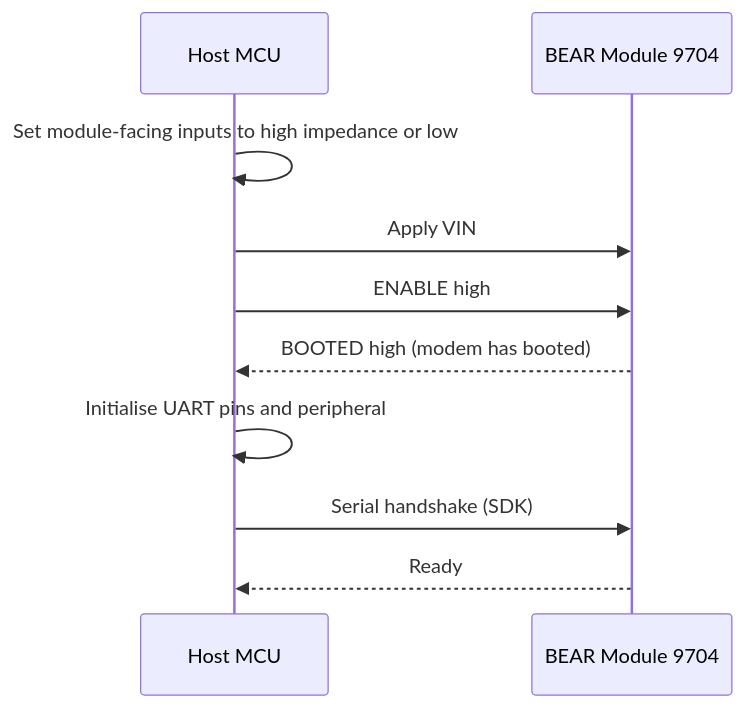
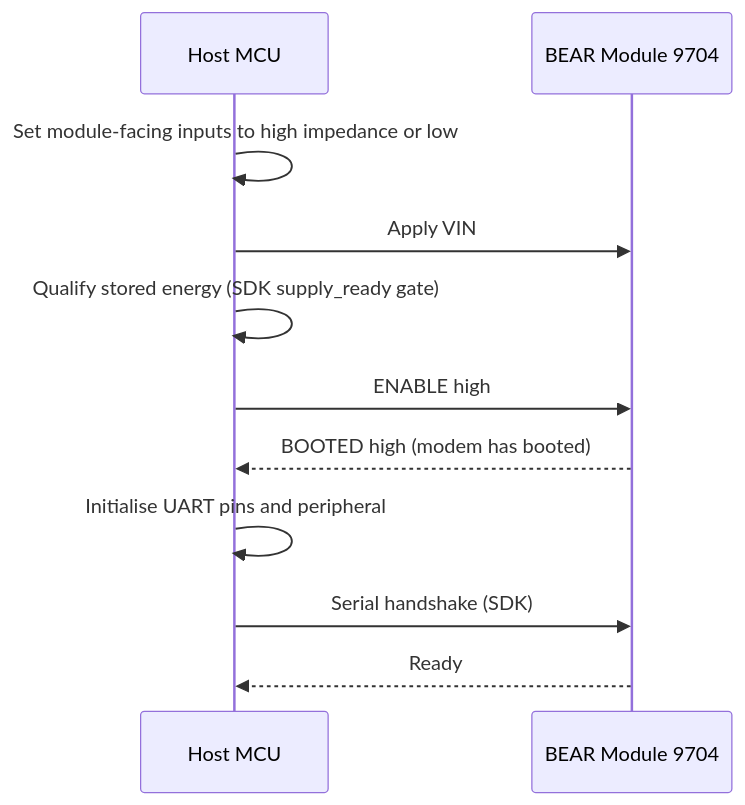
The first of 2 diagrams in BEAR_Module/docs/03_Hardware_Interface.md (Telemetry-Station/sdk), drawn with Mermaid before and after one commit. The commit also changed other lines of this file and 6 other files, not shown here.

````diff
--- a/BEAR_Module/docs/03_Hardware_Interface.md
+++ b/BEAR_Module/docs/03_Hardware_Interface.md
@@ -44,12 +44,13 @@
 ```mermaid
 sequenceDiagram
     participant H as Host MCU
     participant M as BEAR Module 9704
     H->>H: Set module-facing inputs to high impedance or low
     H->>M: Apply VIN
+    H->>H: Qualify stored energy (SDK supply_ready gate)
     H->>M: ENABLE high
     M-->>H: BOOTED high (modem has booted)
     H->>H: Initialise UART pins and peripheral
     H->>M: Serial handshake (SDK)
     M-->>H: Ready
 ```
````
